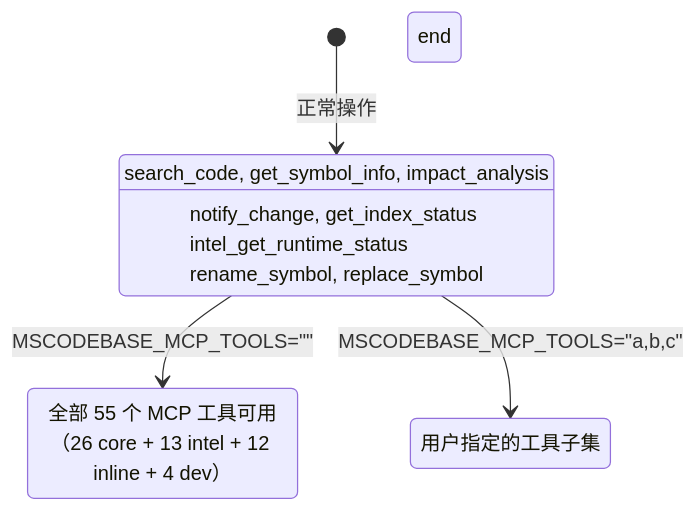
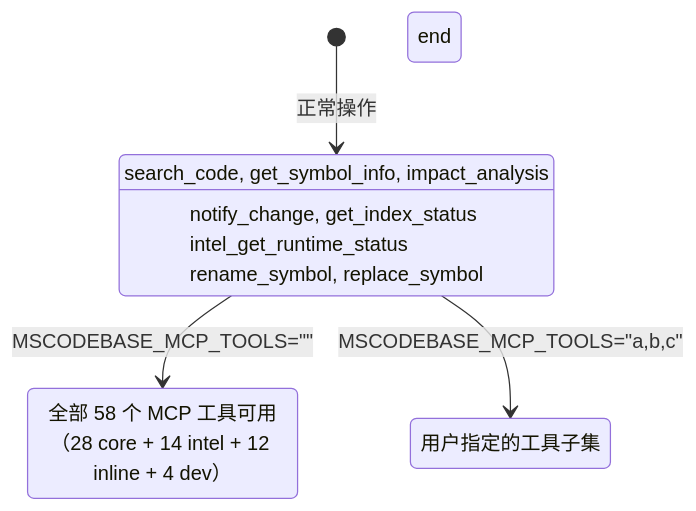
Before and after one commit to ManSio/mscodebase-intelligence: the third of 4 diagrams in docs/zh/GRACEFUL_DEGRADATION.md, drawn with Mermaid. The commit also changed 56 other files, not shown here.

````diff
--- a/docs/zh/GRACEFUL_DEGRADATION.md
+++ b/docs/zh/GRACEFUL_DEGRADATION.md
@@ -83,22 +83,22 @@
 ```mermaid
 stateDiagram-v2
     [*] --> DEFAULT_TOOLS: 正常操作
 
     state DEFAULT_TOOLS[可见: 12 个工具]
         DEFAULT_TOOLS: search_code, get_symbol_info, impact_analysis
         DEFAULT_TOOLS: notify_change, get_index_status
         DEFAULT_TOOLS: intel_get_runtime_status
         DEFAULT_TOOLS: rename_symbol, replace_symbol
     end
 
     DEFAULT_TOOLS --> ALL_TOOLS: MSCODEBASE_MCP_TOOLS=""
     DEFAULT_TOOLS --> CUSTOM_TOOLS: MSCODEBASE_MCP_TOOLS="a,b,c"
 
-    state ALL_TOOLS[可见: 55 个工具]
-        ALL_TOOLS: 全部 55 个 MCP 工具可用（26 core + 13 intel + 12 inline + 4 dev）
+    state ALL_TOOLS[可见: 58 个工具]
+        ALL_TOOLS: 全部 58 个 MCP 工具可用（28 core + 14 intel + 12 inline + 4 dev）
     end
 
     state CUSTOM_TOOLS[自定义选择]
         CUSTOM_TOOLS: 用户指定的工具子集
     end
 ```
````
